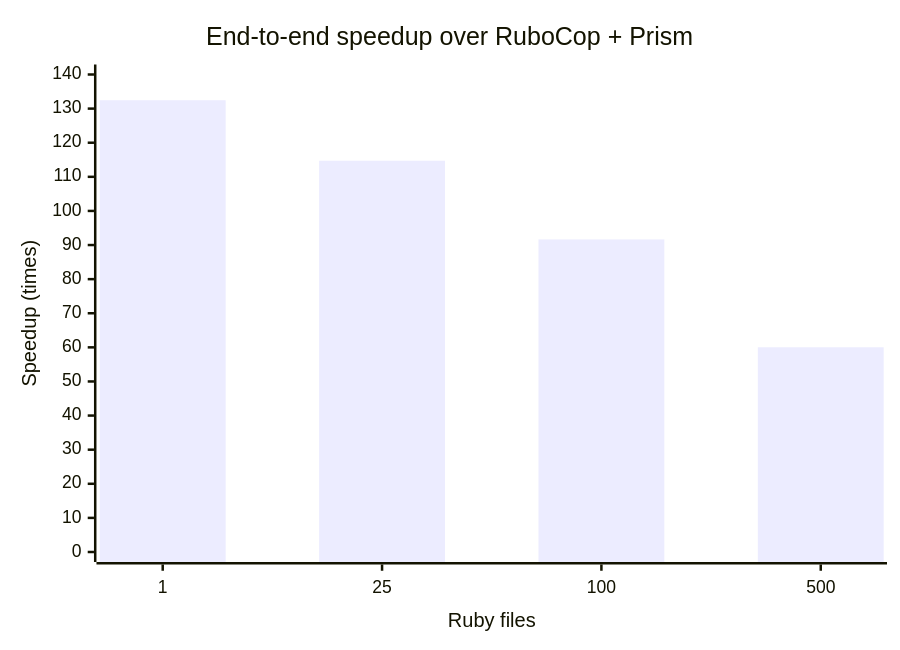
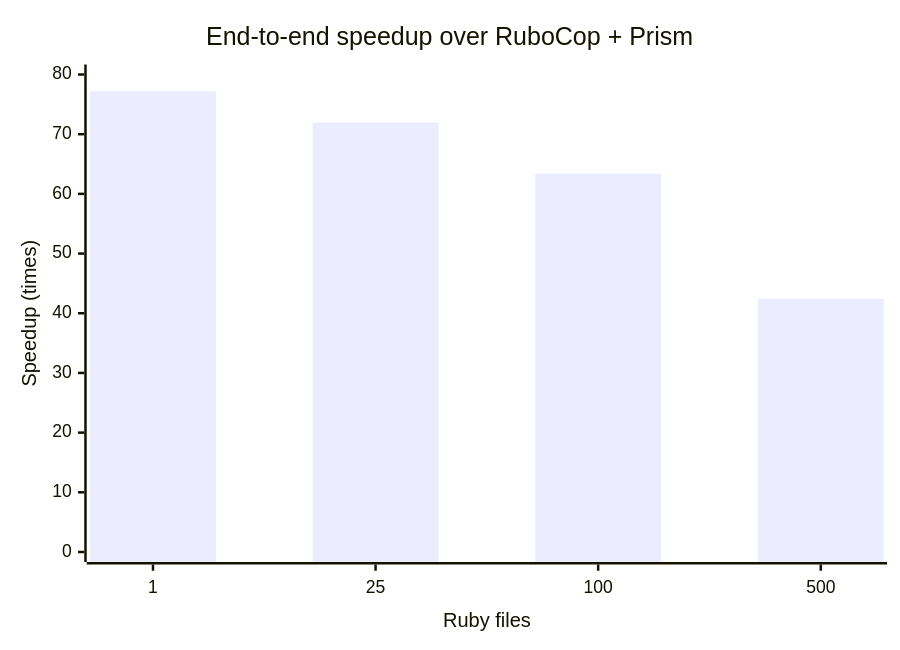
Before and after one commit to myxoh/rustocop: the diagram in docs/performance.md, drawn with Mermaid. The commit also changed other lines of this file and 21 other files, not shown here.

````diff
--- a/docs/performance.md
+++ b/docs/performance.md
@@ -99,7 +103,7 @@
 ```mermaid
 xychart-beta
     title "End-to-end speedup over RuboCop + Prism"
     x-axis "Ruby files" [1, 25, 100, 500]
-    y-axis "Speedup (times)" 0 --> 140
-    bar [132.45, 114.72, 91.65, 60.02]
+    y-axis "Speedup (times)" 0 --> 80
+    bar [77.20, 71.96, 63.40, 42.44]
 ```
````
